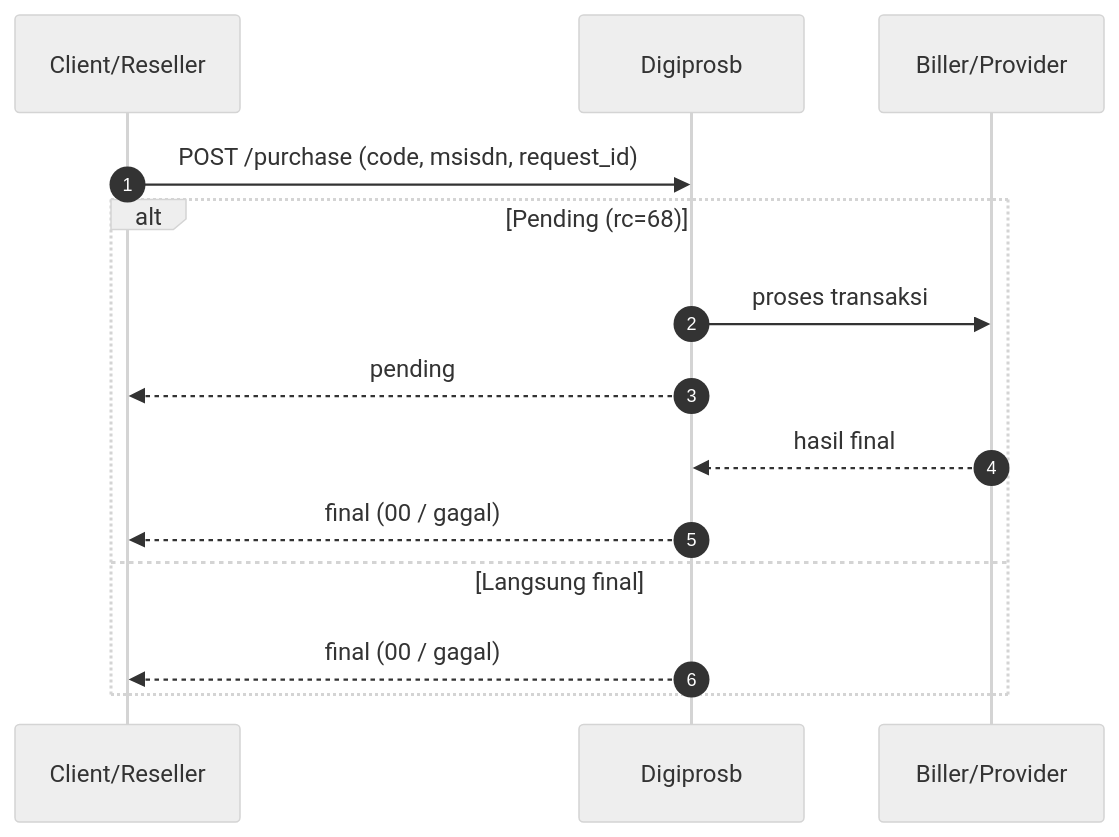
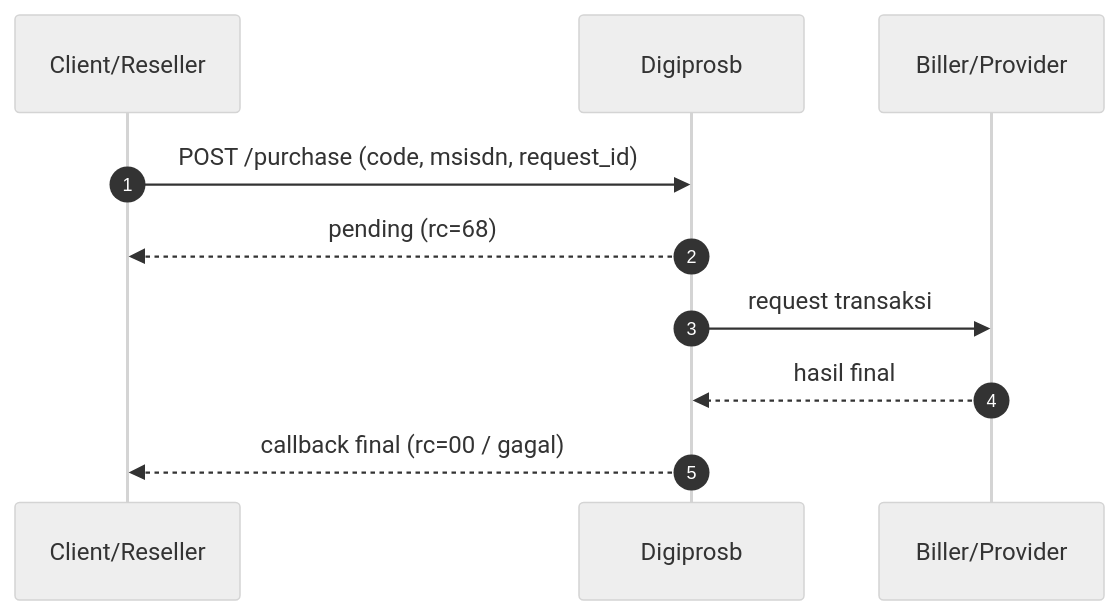
One commit to digiprosb/digiprosb-api-documentation changed the first of 2 diagrams in doc/02-persiapan-integrasi.md. Above: the diagram before and after it, drawn with Mermaid (neutral theme). The commit also changed other lines of this file and 13 other files, not shown here.

````diff
--- a/doc/02-persiapan-integrasi.md
+++ b/doc/02-persiapan-integrasi.md
@@ -66,17 +67,13 @@
 ```mermaid
 sequenceDiagram
   autonumber
   participant Client as Client/Reseller
   participant Digiprosb as Digiprosb
   participant Biller as Biller/Provider
 
   Client->>Digiprosb: POST /purchase (code, msisdn, request_id)
-  alt Pending (rc=68)
-    Digiprosb->>Biller: proses transaksi
-    Digiprosb-->>Client: pending
-    Biller-->>Digiprosb: hasil final
-    Digiprosb-->>Client: final (00 / gagal)
-  else Langsung final
-    Digiprosb-->>Client: final (00 / gagal)
-  end
+  Digiprosb-->>Client: pending (rc=68)
+  Digiprosb->>Biller: request transaksi
+  Biller-->>Digiprosb: hasil final
+  Digiprosb-->>Client: callback final (rc=00 / gagal)
 ```
````
